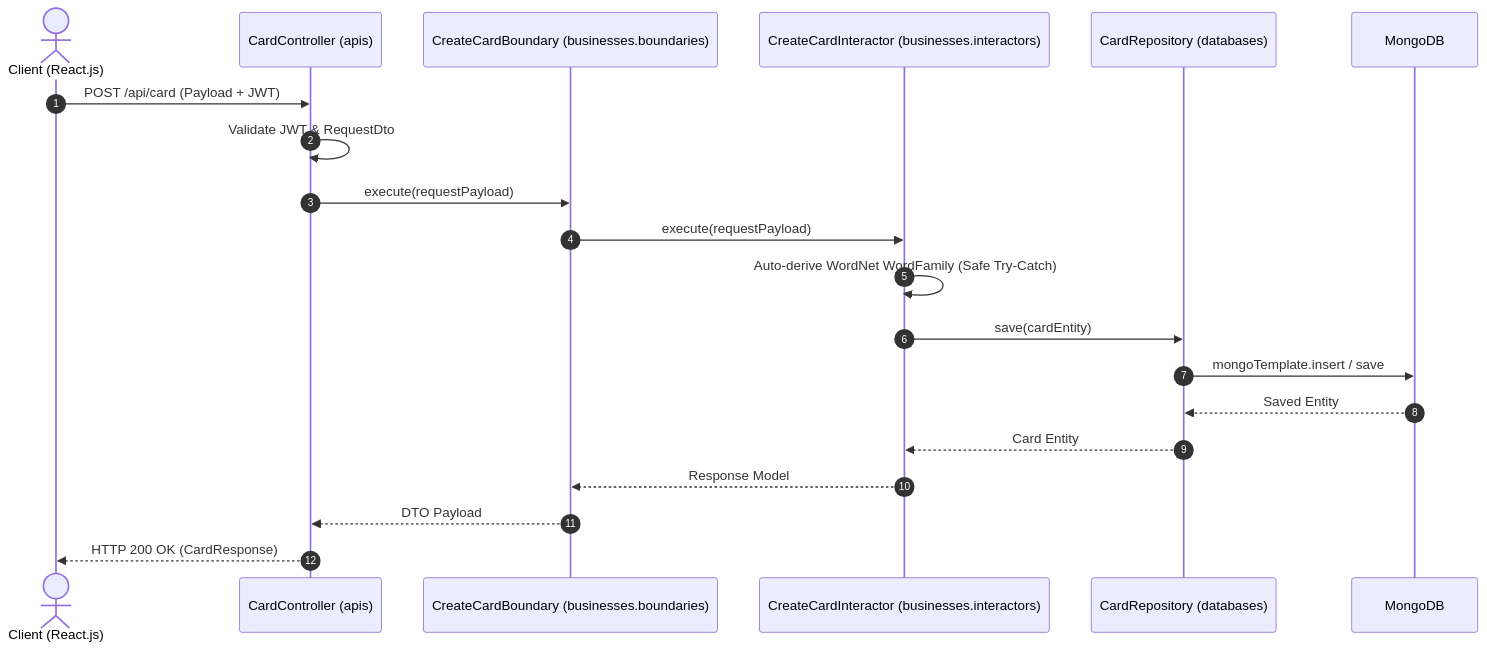
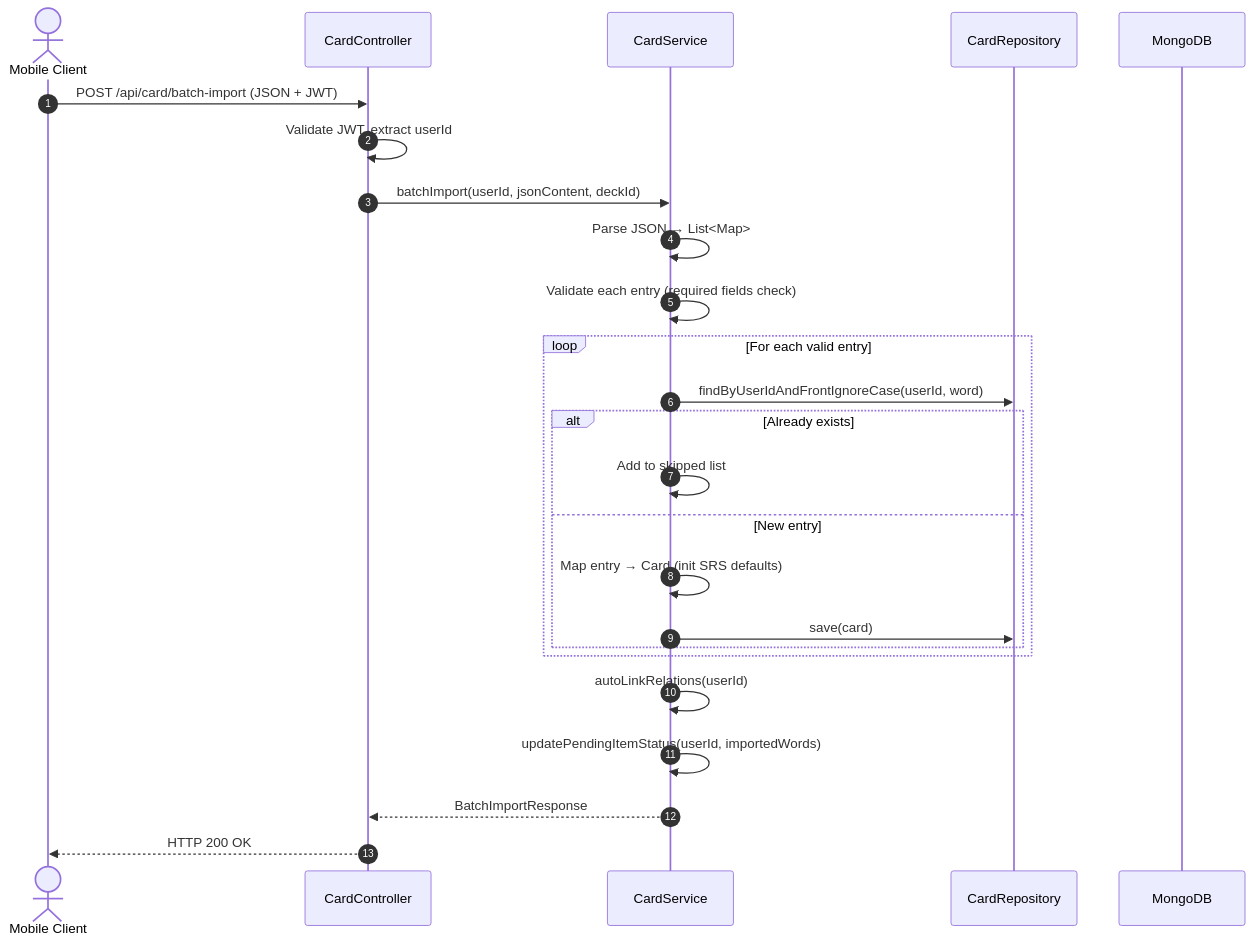
One commit to cuong28022003/EngComic_backend changed the first of 3 diagrams in specs/001-deck-vocab-vault/plan.md. Above: the diagram before and after it, drawn with Mermaid. The commit also changed other lines of this file and 2 other files, not shown here.

````diff
--- a/specs/001-deck-vocab-vault/plan.md
+++ b/specs/001-deck-vocab-vault/plan.md
@@ -72,23 +244,28 @@
 ```mermaid
 sequenceDiagram
     autonumber
-    actor User as Client (React.js)
-    participant Ctrl as CardController (apis)
-    participant Bnd as CreateCardBoundary (businesses.boundaries)
-    participant Int as CreateCardInteractor (businesses.interactors)
-    participant Repo as CardRepository (databases)
+    actor User as Mobile Client
+    participant Ctrl as CardController
+    participant Svc as CardService
+    participant Repo as CardRepository
     participant DB as MongoDB
 
-    User->>Ctrl: POST /api/card (Payload + JWT)
-    Ctrl->>Ctrl: Validate JWT & RequestDto
-    Ctrl->>Bnd: execute(requestPayload)
-    Bnd->>Int: execute(requestPayload)
-    Int->>Int: Auto-derive WordNet WordFamily (Safe Try-Catch)
-    Int->>Repo: save(cardEntity)
-    Repo->>DB: mongoTemplate.insert / save
-    DB-->>Repo: Saved Entity
-    Repo-->>Int: Card Entity
-    Int-->>Bnd: Response Model
-    Bnd-->>Ctrl: DTO Payload
-    Ctrl-->>User: HTTP 200 OK (CardResponse)
+    User->>Ctrl: POST /api/card/batch-import (JSON + JWT)
+    Ctrl->>Ctrl: Validate JWT, extract userId
+    Ctrl->>Svc: batchImport(userId, jsonContent, deckId)
+    Svc->>Svc: Parse JSON → List<Map>
+    Svc->>Svc: Validate each entry (required fields check)
+    loop For each valid entry
+        Svc->>Repo: findByUserIdAndFrontIgnoreCase(userId, word)
+        alt Already exists
+            Svc->>Svc: Add to skipped list
+        else New entry
+            Svc->>Svc: Map entry → Card (init SRS defaults)
+            Svc->>Repo: save(card)
+        end
+    end
+    Svc->>Svc: autoLinkRelations(userId)
+    Svc->>Svc: updatePendingItemStatus(userId, importedWords)
+    Svc-->>Ctrl: BatchImportResponse
+    Ctrl-->>User: HTTP 200 OK
 ```
````
